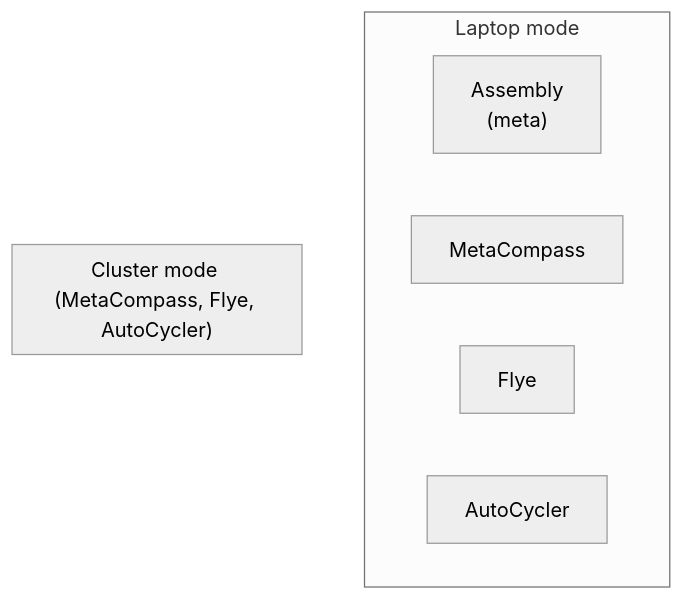
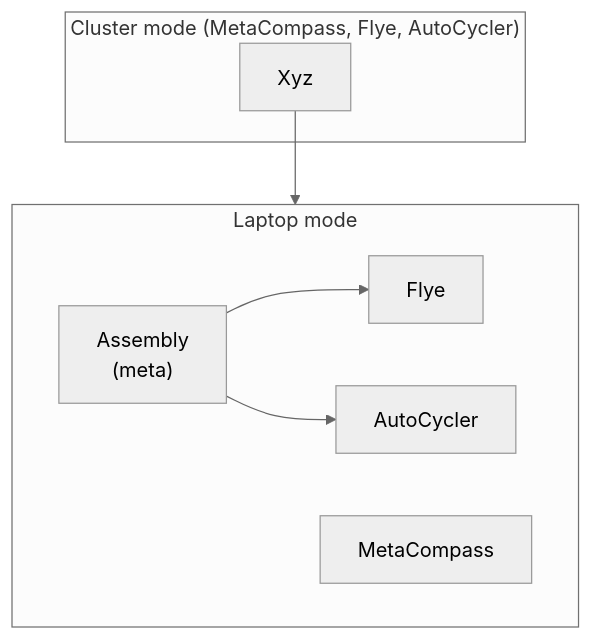
One commit to treangenlab/somatem changed the diagram in docs/testing.mmd. Above: the diagram before and after it, drawn with Mermaid (neutral theme). The commit also changed 1 other file, not shown here.

```diff
--- a/docs/testing.mmd
+++ b/docs/testing.mmd
@@ -1,13 +1,12 @@
 flowchart TD
  subgraph laptop["Laptop mode"]
+      direction LR
         asm["Assembly<br>(meta)"]
         metacomp["MetaCompass"]
         flye["Flye"]
         autocycler["AutoCycler"]
-  end
+        asm --> flye & autocycler
+ end
  subgraph cluster["Cluster mode (MetaCompass, Flye, AutoCycler)"]
-        asm["Assembly<br>(meta)"]
-        metacomp["MetaCompass"]
-        flye["Flye"]
-        autocycler["AutoCycler"]
-  end
+        Xyz --> asm
+ end
```
